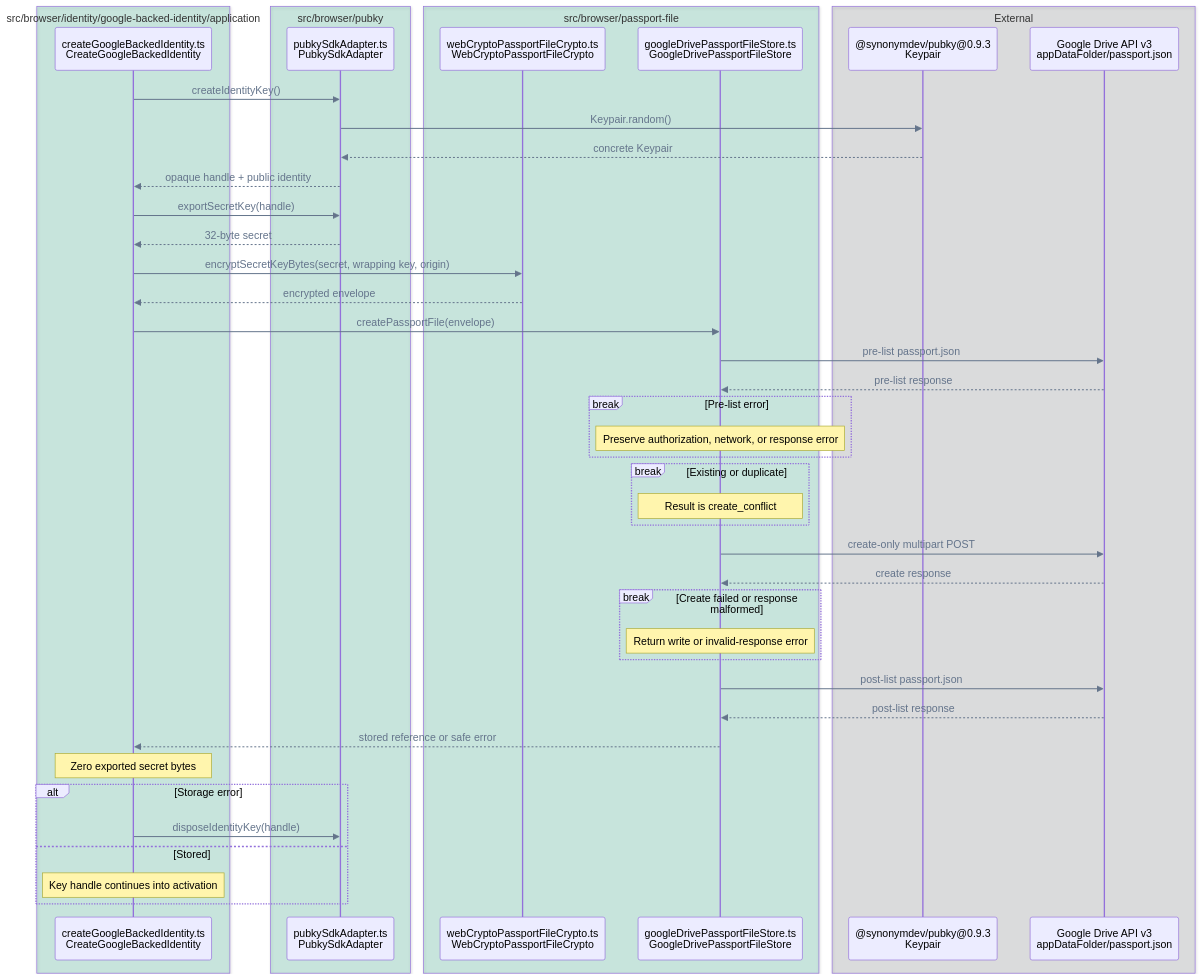
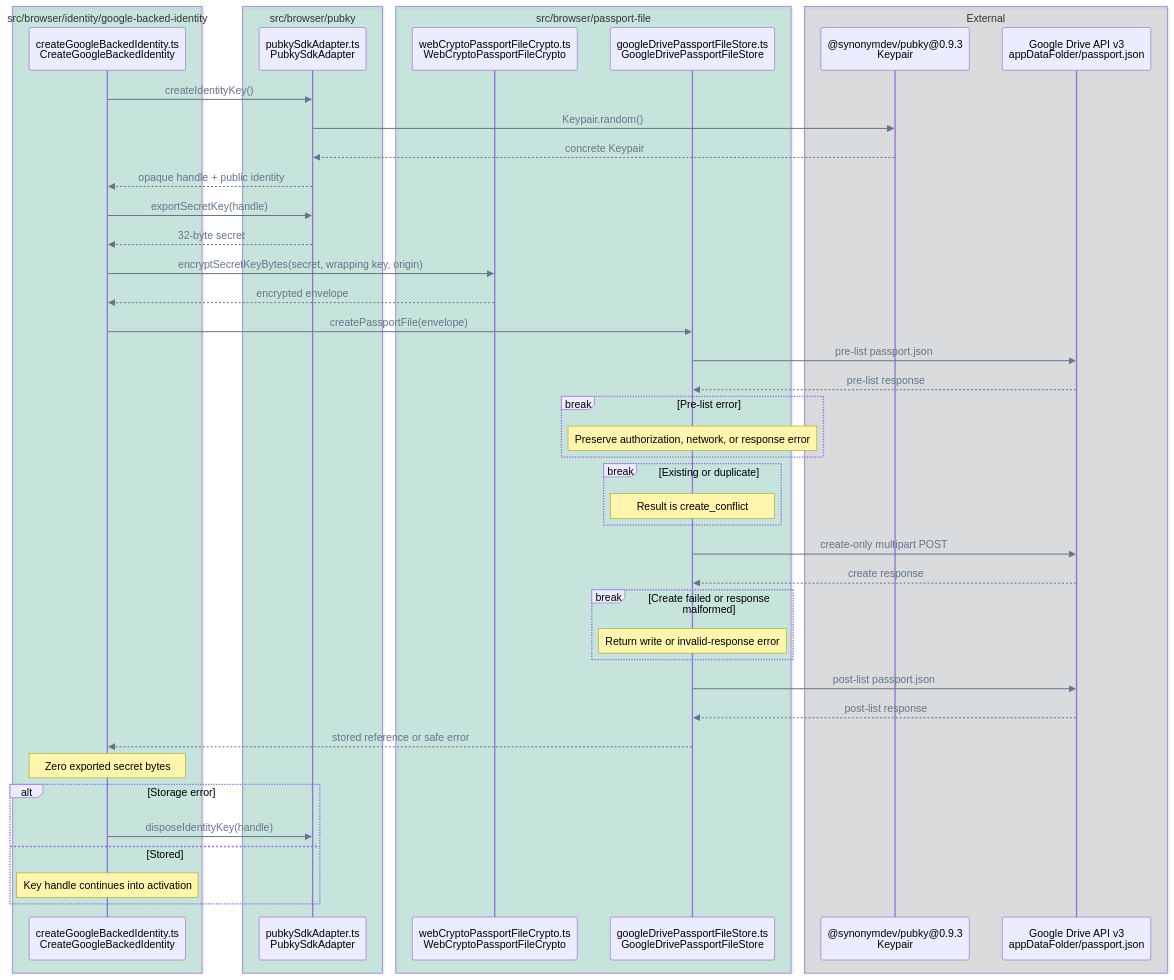
The tenth of 14 diagrams in FLOWS.md (pubky/pubky-passport), drawn with Mermaid before and after one commit. The commit also changed other lines of this file and 66 other files, not shown here.

````diff
--- a/FLOWS.md
+++ b/FLOWS.md
@@ -521,52 +521,52 @@
 ```mermaid
 %%{init: {"themeVariables": {"signalColor": "#64748B", "signalTextColor": "#64748B"}}}%%
 sequenceDiagram
     accTitle: Missing identity encryption and Drive storage call flow
     accDescr: CreateGoogleBackedIdentity asks PubkySdkAdapter and the Pubky SDK for a new key and exported secret, encrypts the secret through a focused callback bound from WebCryptoPassportFileCrypto, creates the Google Drive Passport file through a focused callback bound from GoogleDrivePassportFileStore, and then zeros the exported bytes.
-    box rgba(0, 158, 115, 0.18) src/browser/identity/google-backed-identity/application
+    box rgba(0, 158, 115, 0.18) src/browser/identity/google-backed-identity
         participant Creator as createGoogleBackedIdentity.ts<br/>CreateGoogleBackedIdentity
     end
     box rgba(0, 158, 115, 0.18) src/browser/pubky
         participant Pubky as pubkySdkAdapter.ts<br/>PubkySdkAdapter
     end
     box rgba(0, 158, 115, 0.18) src/browser/passport-file
         participant Crypto as webCryptoPassportFileCrypto.ts<br/>WebCryptoPassportFileCrypto
         participant DriveStore as googleDrivePassportFileStore.ts<br/>GoogleDrivePassportFileStore
     end
     box rgba(17, 24, 39, 0.12) External
         participant SDK as @synonymdev/pubky@0.9.3<br/>Keypair
         participant Drive as Google Drive API v3<br/>appDataFolder/passport.json
     end
 
     Creator->>Pubky: createIdentityKey()
     Pubky->>SDK: Keypair.random()
     SDK-->>Pubky: concrete Keypair
     Pubky-->>Creator: opaque handle + public identity
     Creator->>Pubky: exportSecretKey(handle)
     Pubky-->>Creator: 32-byte secret
     Creator->>Crypto: encryptSecretKeyBytes(secret, wrapping key, origin)
     Crypto-->>Creator: encrypted envelope
     Creator->>DriveStore: createPassportFile(envelope)
     DriveStore->>Drive: pre-list passport.json
     Drive-->>DriveStore: pre-list response
     break Pre-list error
         Note over DriveStore: Preserve authorization, network, or response error
     end
     break Existing or duplicate
         Note over DriveStore: Result is create_conflict
     end
     DriveStore->>Drive: create-only multipart POST
     Drive-->>DriveStore: create response
     break Create failed or response malformed
         Note over DriveStore: Return write or invalid-response error
     end
     DriveStore->>Drive: post-list passport.json
     Drive-->>DriveStore: post-list response
     DriveStore-->>Creator: stored reference or safe error
     Note over Creator: Zero exported secret bytes
     alt Storage error
         Creator->>Pubky: disposeIdentityKey(handle)
     else Stored
         Note over Creator: Key handle continues into activation
     end
 ```
````
